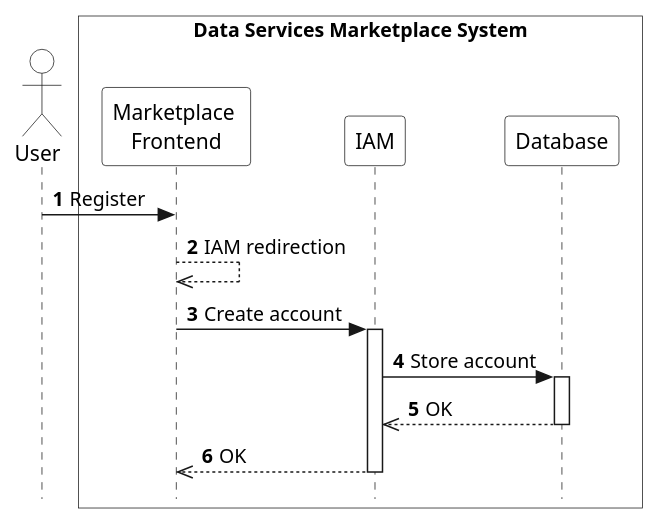
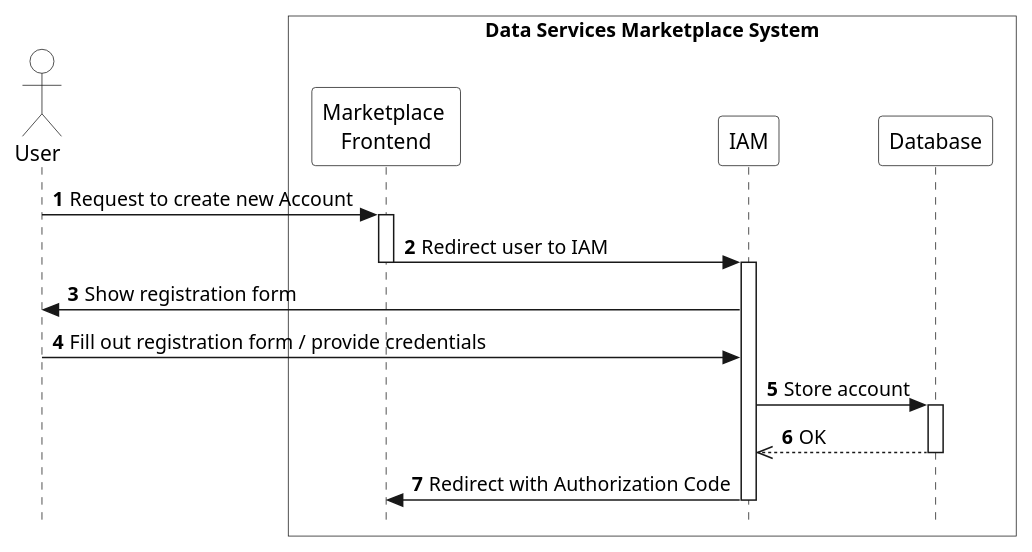
The diagram in arc42/marketplace/runtime-view/figures/marketplace-create-account.puml (eddie-energy/architecture), drawn with PlantUML before and after one commit. The commit also changed 14 other files, not shown here.

Commit message:
Part of #121: update runtime-view and deployment-view diagrams

```diff
--- a/arc42/marketplace/runtime-view/figures/marketplace-create-account.puml
+++ b/arc42/marketplace/runtime-view/figures/marketplace-create-account.puml
@@ -1,30 +1,33 @@
 @startuml marketplace-create-account
 
 skinparam style strictuml
 skinparam sequence {
   ParticipantBackgroundColor transparent
   ActorBackgroundColor transparent
 }
 
 autonumber
 !pragma teoz true
 
 actor "User" as user
 box "Data Services Marketplace System" #transparent
   participant "Marketplace \nFrontend" as app
   participant "IAM" as iam
   participant "Database" as database
 end box
 
-user -> app : Register
-app -->> app : IAM redirection
-app -> iam : Create account
+user -> app : Request to create new Account
+activate app
+app -> iam : Redirect user to IAM
 activate iam
+deactivate app
+iam -> user: Show registration form
+user -> iam : Fill out registration form / provide credentials
 iam -> database : Store account
 activate database
 database -->> iam : OK
 deactivate database
-iam -->> app : OK
+iam -> app : Redirect with Authorization Code
 deactivate iam
 
 @enduml
```
